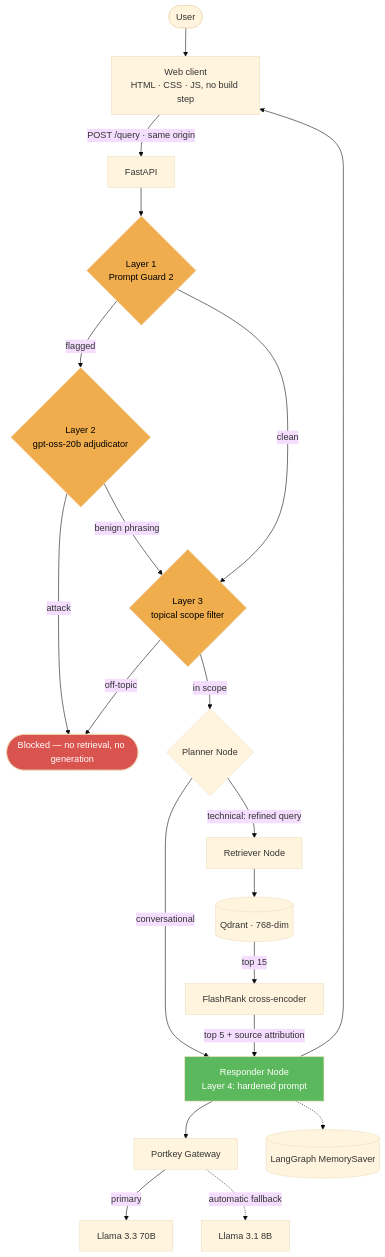
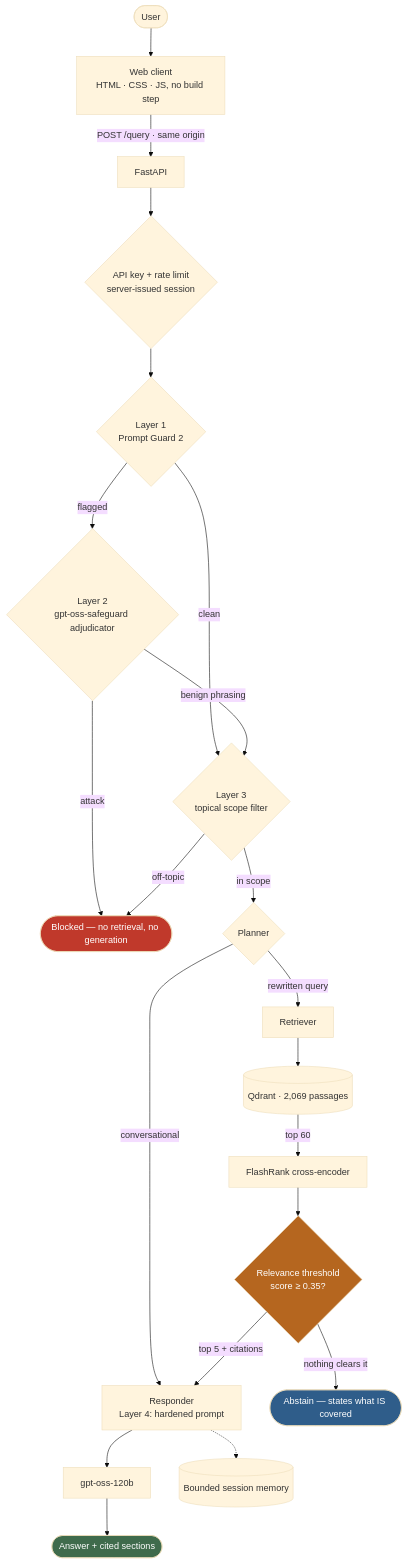
Before and after one commit to Arnav020/Sentinel-RAG: the diagram in README.md, drawn with Mermaid (base theme). The commit also changed other lines of this file and 156 other files, not shown here.

````diff
--- a/README.md
+++ b/README.md
@@ -164,31 +179,31 @@
 ```mermaid
 flowchart TD
     User([User]) --> UI["Web client<br/>HTML · CSS · JS, no build step"]
     UI -->|"POST /query · same origin"| API[FastAPI]
 
-    API --> G1{"Layer 1<br/>Prompt Guard 2"}
-    G1 -->|flagged| G2{"Layer 2<br/>gpt-oss-20b adjudicator"}
+    API --> AUTH{"API key + rate limit<br/>server-issued session"}
+    AUTH --> G1{"Layer 1<br/>Prompt Guard 2"}
+    G1 -->|flagged| G2{"Layer 2<br/>gpt-oss-safeguard adjudicator"}
     G1 -->|clean| G3
     G2 -->|attack| BLOCK([Blocked — no retrieval, no generation])
     G2 -->|benign phrasing| G3
     G3{"Layer 3<br/>topical scope filter"} -->|off-topic| BLOCK
     G3 -->|in scope| PLAN
 
-    PLAN{Planner Node} -->|conversational| RESP
-    PLAN -->|technical: refined query| RETR[Retriever Node]
-    RETR --> QD[(Qdrant · 768-dim)]
-    QD -->|top 15| RERANK[FlashRank cross-encoder]
-    RERANK -->|top 5 + source attribution| RESP
+    PLAN{Planner} -->|conversational| RESP
+    PLAN -->|rewritten query| RETR[Retriever]
+    RETR --> QD[(Qdrant · 2,069 passages)]
+    QD -->|top 60| RERANK[FlashRank cross-encoder]
+    RERANK --> THRESH{"Relevance threshold<br/>score ≥ 0.35?"}
+    THRESH -->|nothing clears it| ABSTAIN([Abstain — states what IS covered])
+    THRESH -->|top 5 + citations| RESP
 
-    RESP[Responder Node<br/>Layer 4: hardened prompt] --> GW[Portkey Gateway]
-    GW -->|primary| P[Llama 3.3 70B]
-    GW -.->|automatic fallback| F[Llama 3.1 8B]
-    RESP --> UI
-    RESP -.-> MEM[(LangGraph MemorySaver)]
+    RESP[Responder<br/>Layer 4: hardened prompt] --> GEN[gpt-oss-120b]
+    GEN --> ANSWER([Answer + cited sections])
+    RESP -.-> MEM[(Bounded session memory)]
 
-    style BLOCK fill:#d9534f,color:#fff
-    style G1 fill:#f0ad4e,color:#000
-    style G2 fill:#f0ad4e,color:#000
-    style G3 fill:#f0ad4e,color:#000
-    style RESP fill:#5cb85c,color:#fff
+    style BLOCK fill:#c0392b,color:#fff
+    style ABSTAIN fill:#2f5d8a,color:#fff
+    style ANSWER fill:#3f6b4c,color:#fff
+    style THRESH fill:#b5661f,color:#fff
 ```
````
